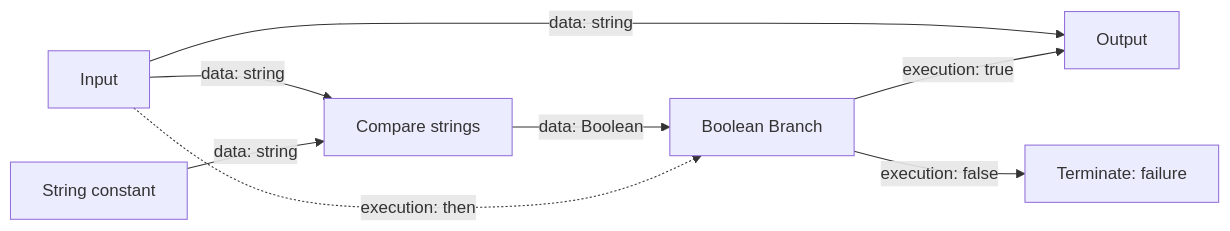
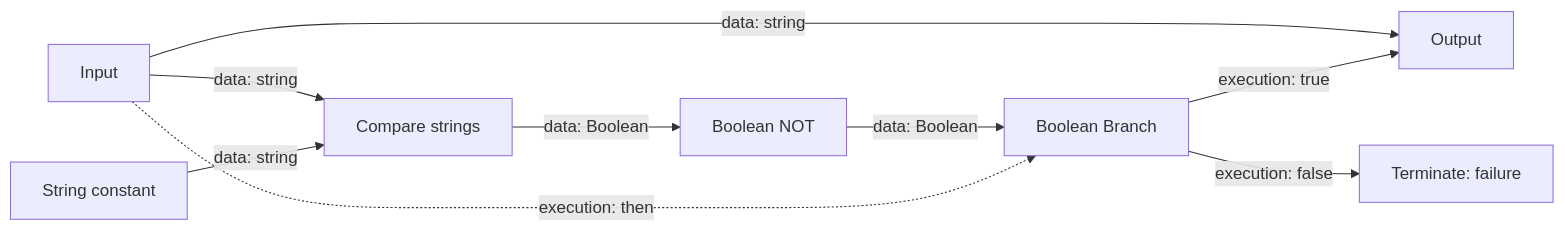
One commit to gnalvesteffer/visual-agent-workflow changed the first of 5 diagrams in docs/graph-values.md. Above: the diagram before and after it, drawn with Mermaid. The commit also changed other lines of this file and 16 other files, not shown here.

Commit message:
feat: add typed boolean graph primitives

````diff
--- a/docs/graph-values.md
+++ b/docs/graph-values.md
@@ -5,10 +5,11 @@
 ```mermaid
 flowchart LR
     Input[Input] -->|data: string| Compare[Compare strings]
     Expected[String constant] -->|data: string| Compare
-    Compare -->|data: Boolean| Branch[Boolean Branch]
+    Compare -->|data: Boolean| Not[Boolean NOT]
+    Not -->|data: Boolean| Branch[Boolean Branch]
     Input -.->|execution: then| Branch
     Input -->|data: string| Output[Output]
     Branch -->|execution: true| Output
     Branch -->|execution: false| Failure[Terminate: failure]
 ```
````
